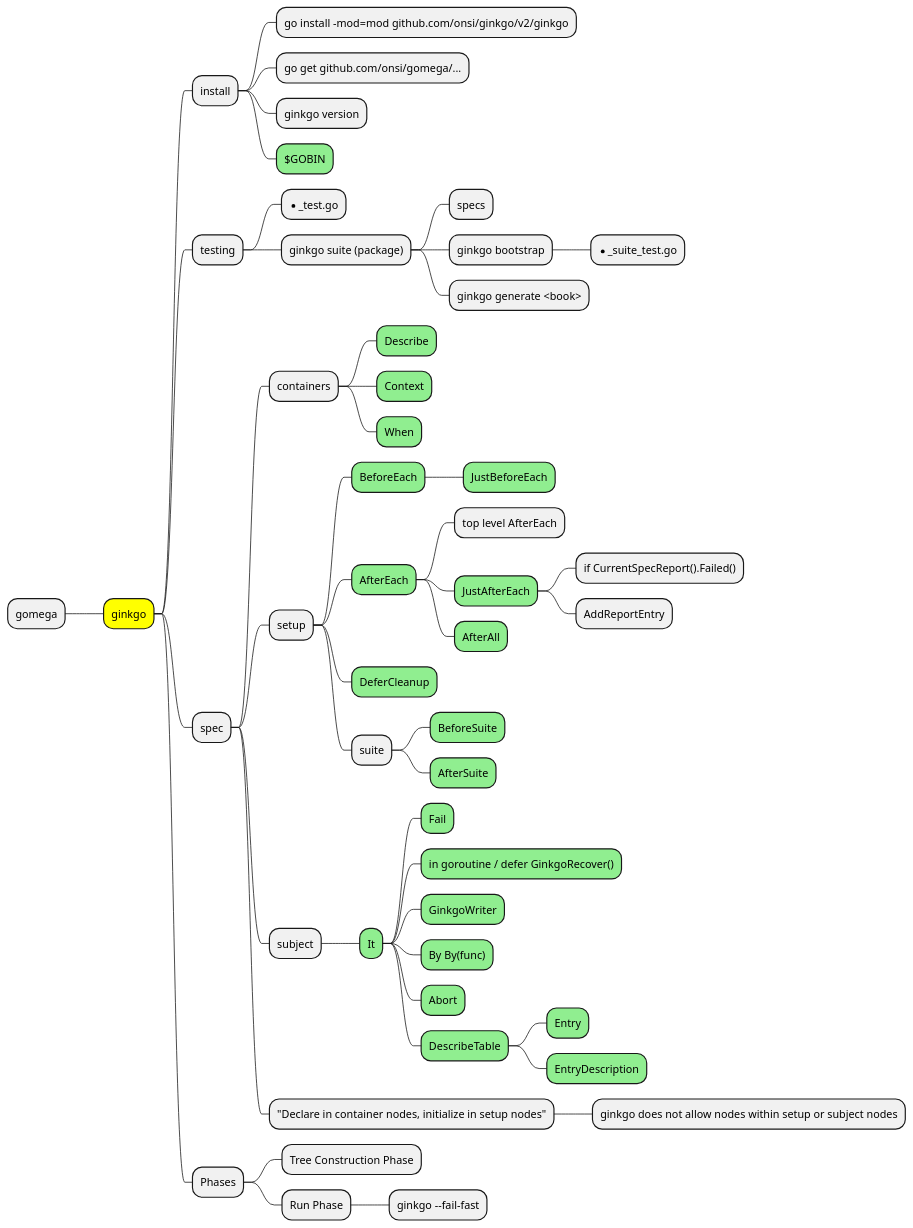
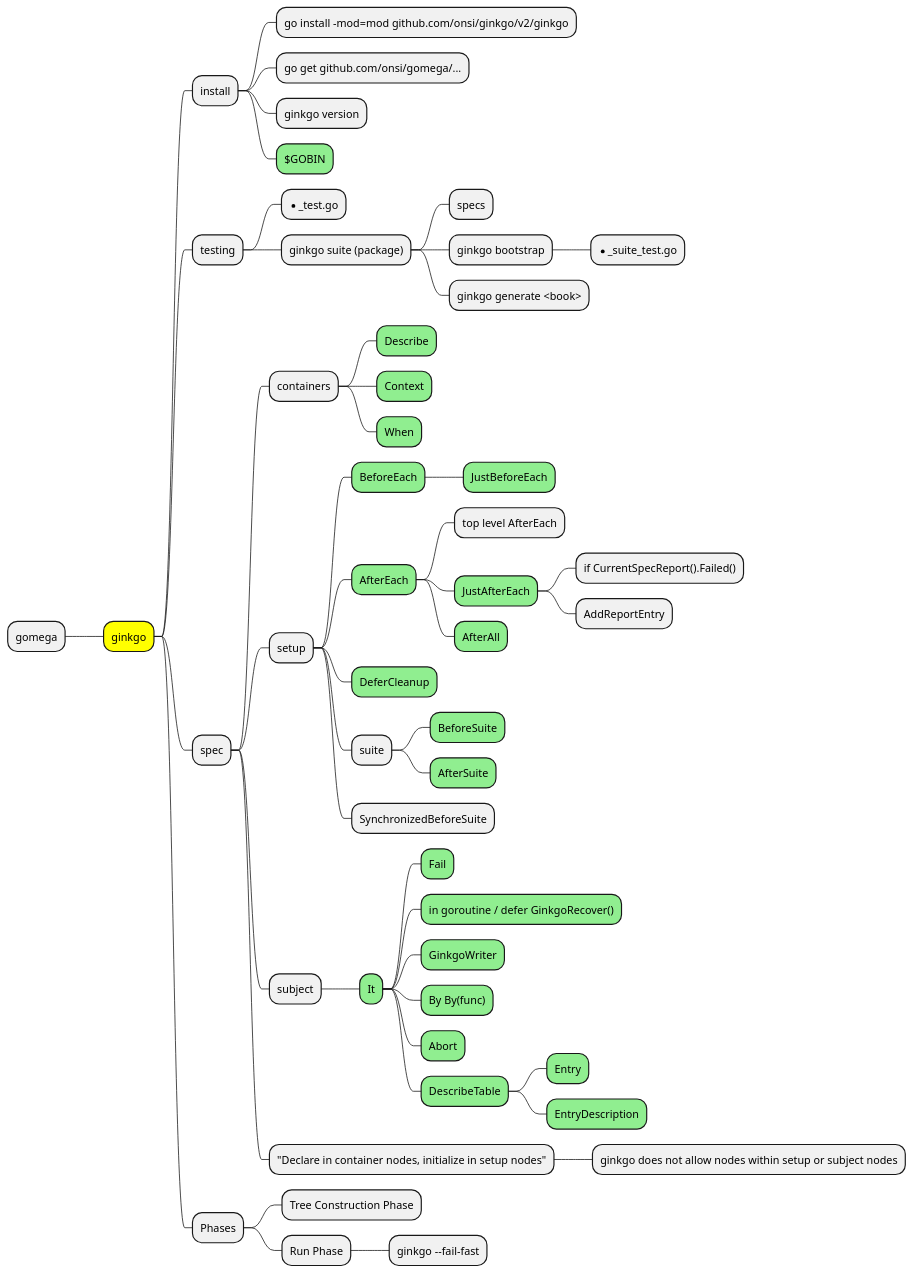
One commit to waffleboot/ginkgo-learn changed the diagram in doc.plantuml. Above: the diagram before and after it, drawn with PlantUML. The commit also changed 3 other files, not shown here.

```diff
--- a/doc.plantuml
+++ b/doc.plantuml
@@ -1,50 +1,51 @@
 @startmindmap
 +[#Yellow] ginkgo
 -- gomega
 ++ install
 +++ go install -mod=mod github.com/onsi/ginkgo/v2/ginkgo
 +++ go get github.com/onsi/gomega/...
 +++ ginkgo version
 +++[#LightGreen] $GOBIN
 ++ testing
 +++ *_test.go
 +++ ginkgo suite (package)
 ++++ specs
 ++++ ginkgo bootstrap
 +++++ *_suite_test.go
 ++++ ginkgo generate <book>
 ++ spec
 +++ containers
 ++++[#LightGreen] Describe
 ++++[#LightGreen] Context
 ++++[#LightGreen] When
 +++ setup
 ++++[#LightGreen] BeforeEach
 +++++[#LightGreen] JustBeforeEach
 ++++[#LightGreen] AfterEach
 +++++ top level AfterEach
 +++++[#LightGreen] JustAfterEach
 ++++++ if CurrentSpecReport().Failed()
 ++++++ AddReportEntry
 +++++[#LightGreen] AfterAll
 ++++[#LightGreen] DeferCleanup
 ++++ suite
 +++++[#LightGreen] BeforeSuite
 +++++[#LightGreen] AfterSuite
+++++ SynchronizedBeforeSuite
 +++ subject
 ++++[#LightGreen] It
 +++++[#LightGreen] Fail
 +++++[#LightGreen] in goroutine / defer GinkgoRecover()
 +++++[#LightGreen] GinkgoWriter
 +++++[#LightGreen] By By(func)
 +++++[#LightGreen] Abort
 +++++[#LightGreen] DescribeTable
 ++++++[#LightGreen] Entry
 ++++++[#LightGreen] EntryDescription
 +++ "Declare in container nodes, initialize in setup nodes"
 ++++ ginkgo does not allow nodes within setup or subject nodes
 ++ Phases
 +++ Tree Construction Phase
 +++ Run Phase
 ++++ ginkgo --fail-fast
 @endmindmap
```
